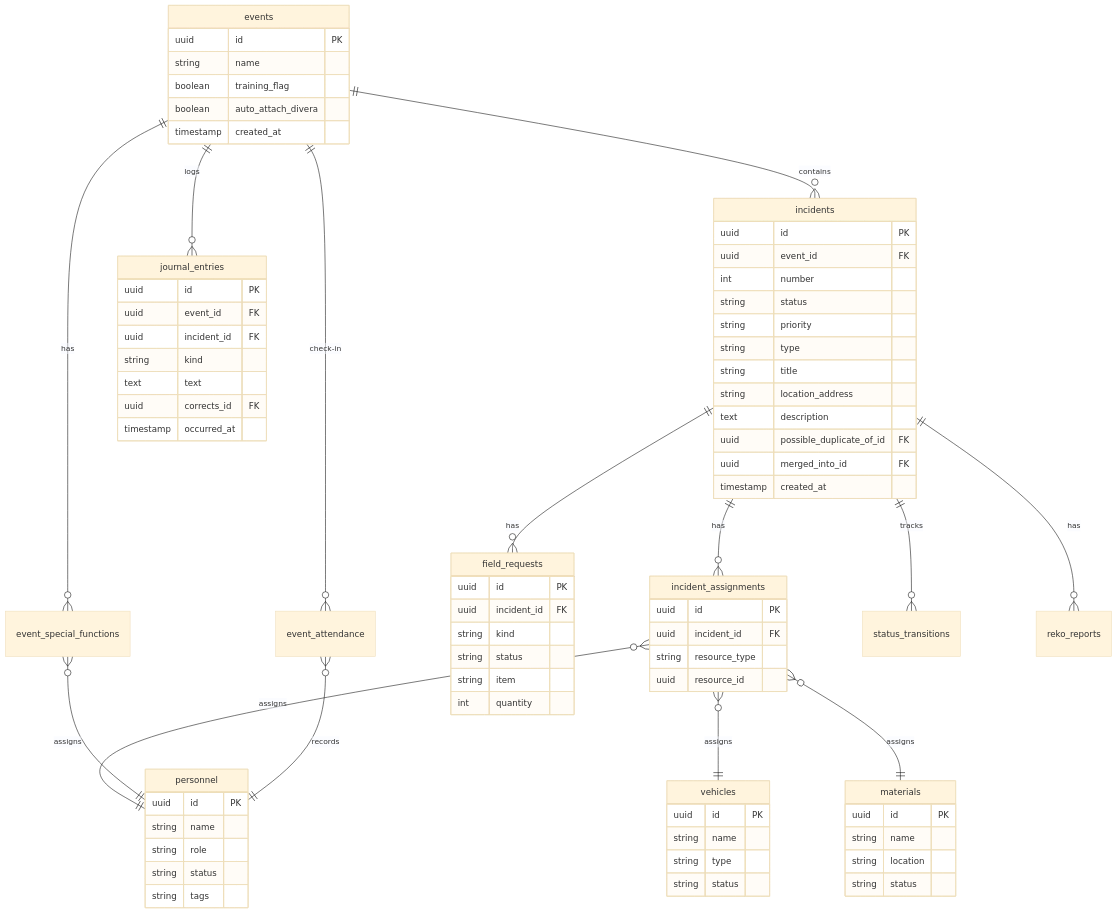
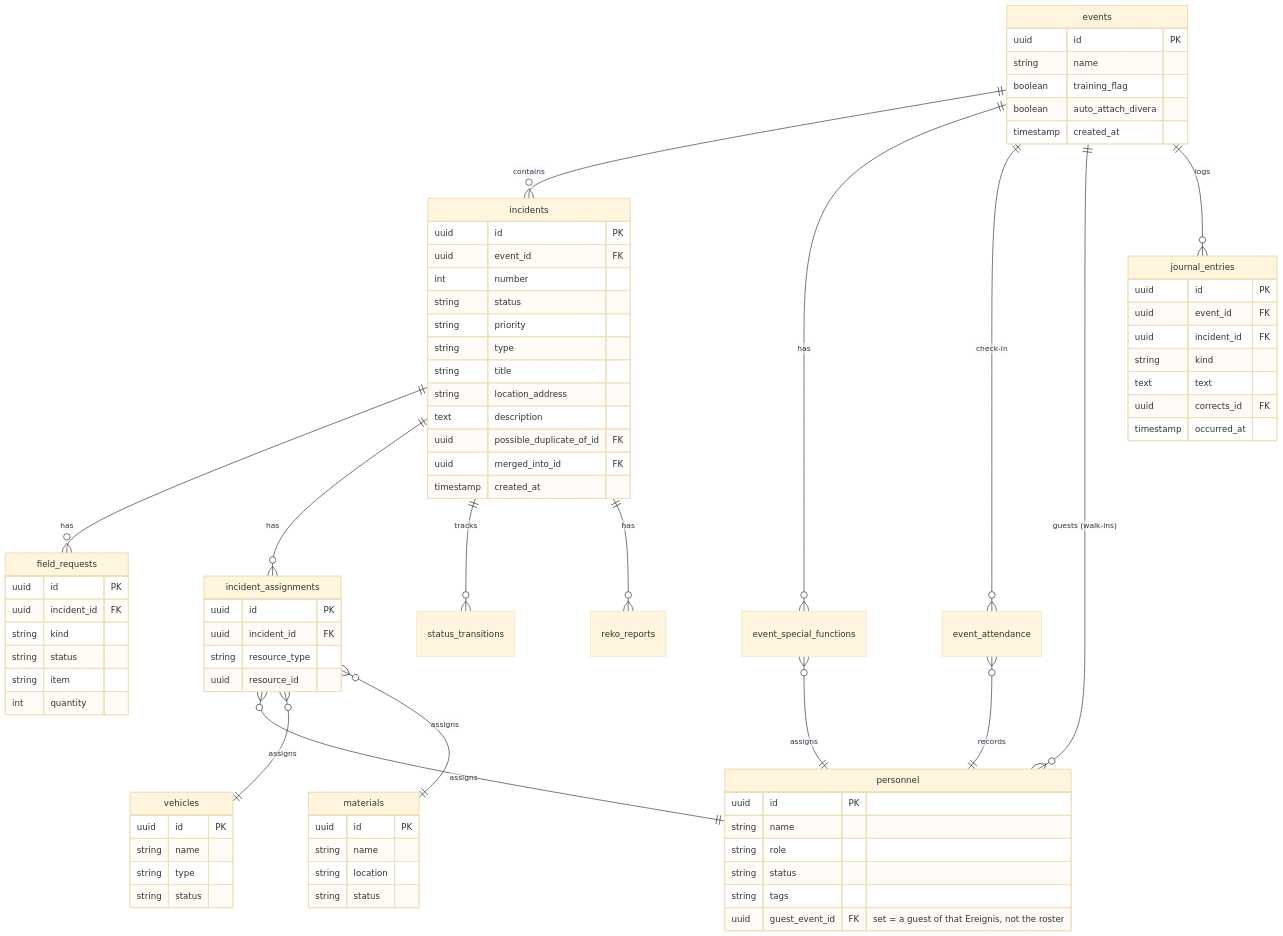
Before and after one commit to feuerwehr-oberwil/kp-rueck: the second of 10 diagrams in docs/ARCHITECTURE.md, drawn with Mermaid (base theme). The commit also changed other lines of this file and 22 other files, not shown here.

````diff
--- a/docs/ARCHITECTURE.md
+++ b/docs/ARCHITECTURE.md
@@ -115,80 +115,82 @@
 ```mermaid
 erDiagram
     events ||--o{ incidents : contains
     events ||--o{ event_special_functions : has
     events ||--o{ event_attendance : "check-in"
+    events ||--o{ personnel : "guests (walk-ins)"
     events ||--o{ journal_entries : logs
     incidents ||--o{ field_requests : has
     incidents ||--o{ incident_assignments : has
     incidents ||--o{ status_transitions : tracks
     incidents ||--o{ reko_reports : has
     incident_assignments }o--|| personnel : assigns
     incident_assignments }o--|| vehicles : assigns
     incident_assignments }o--|| materials : assigns
     event_special_functions }o--|| personnel : assigns
     event_attendance }o--|| personnel : records
 
     events {
         uuid id PK
         string name
         boolean training_flag
         boolean auto_attach_divera
         timestamp created_at
     }
     incidents {
         uuid id PK
         uuid event_id FK
         int number
         string status
         string priority
         string type
         string title
         string location_address
         text description
         uuid possible_duplicate_of_id FK
         uuid merged_into_id FK
         timestamp created_at
     }
     personnel {
         uuid id PK
         string name
         string role
         string status
         string tags
+        uuid guest_event_id FK "set = a guest of that Ereignis, not the roster"
     }
     vehicles {
         uuid id PK
         string name
         string type
         string status
     }
     materials {
         uuid id PK
         string name
         string location
         string status
     }
     incident_assignments {
         uuid id PK
         uuid incident_id FK
         string resource_type
         uuid resource_id
     }
     journal_entries {
         uuid id PK
         uuid event_id FK
         uuid incident_id FK
         string kind
         text text
         uuid corrects_id FK
         timestamp occurred_at
     }
     field_requests {
         uuid id PK
         uuid incident_id FK
         string kind
         string status
         string item
         int quantity
     }
 ```
````
